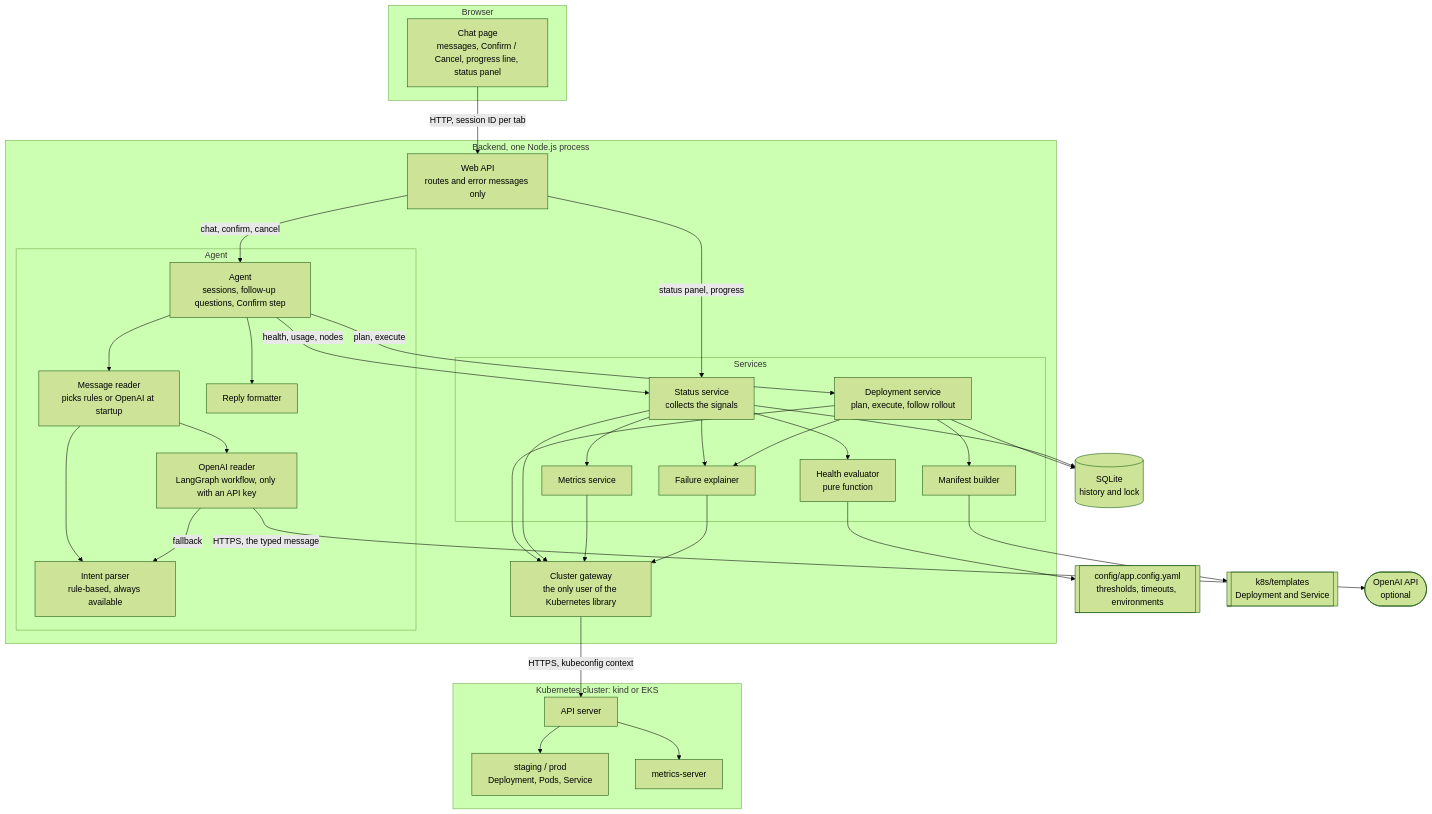
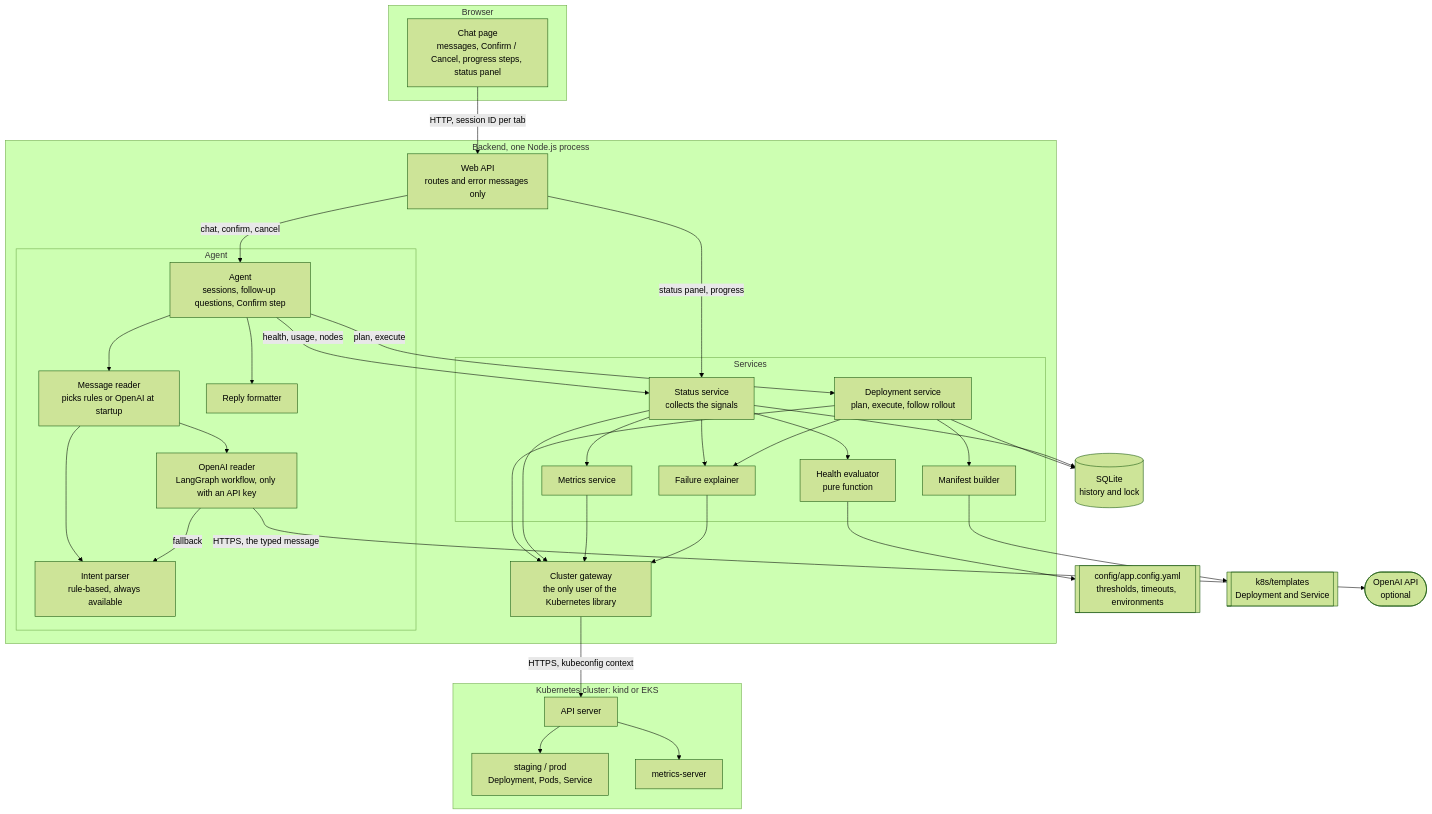
Before and after one commit to Suhailsubair007/deployment-assistant: the first of 2 diagrams in DESIGN.md, drawn with Mermaid (forest theme). The commit also changed other lines of this file and 24 other files, not shown here.

Commit message:
feat: redesign the chat page around Rollo the robot and a rollout track

````diff
--- a/DESIGN.md
+++ b/DESIGN.md
@@ -5,69 +5,69 @@
 ```mermaid
 flowchart TB
     subgraph browser["Browser"]
-        ui["Chat page<br/>messages, Confirm / Cancel, progress line, status panel"]
+        ui["Chat page<br/>messages, Confirm / Cancel, progress steps, status panel"]
     end
 
     subgraph backend["Backend, one Node.js process"]
         api["Web API<br/>routes and error messages only"]
 
         subgraph agentLayer["Agent"]
             agent["Agent<br/>sessions, follow-up questions, Confirm step"]
             reader["Message reader<br/>picks rules or OpenAI at startup"]
             parser["Intent parser<br/>rule-based, always available"]
             llm["OpenAI reader<br/>LangGraph workflow, only with an API key"]
             formatter["Reply formatter"]
         end
 
         subgraph services["Services"]
             deploy["Deployment service<br/>plan, execute, follow rollout"]
             status["Status service<br/>collects the signals"]
             health["Health evaluator<br/>pure function"]
             metrics["Metrics service"]
             explain["Failure explainer"]
             manifests["Manifest builder"]
         end
 
         gateway["Cluster gateway<br/>the only user of the Kubernetes library"]
     end
 
     db[("SQLite<br/>history and lock")]
     config[["config/app.config.yaml<br/>thresholds, timeouts, environments"]]
     templates[["k8s/templates<br/>Deployment and Service"]]
 
     openai(["OpenAI API<br/>optional"])
 
     subgraph cluster["Kubernetes cluster: kind or EKS"]
         apiserver["API server"]
         workloads["staging / prod<br/>Deployment, Pods, Service"]
         metricsserver["metrics-server"]
     end
 
     ui -- "HTTP, session ID per tab" --> api
     api -- "chat, confirm, cancel" --> agent
     api -- "status panel, progress" --> status
     agent --> reader
     reader --> parser
     reader --> llm
     llm -- "fallback" --> parser
     llm -- "HTTPS, the typed message" --> openai
     agent --> formatter
     agent -- "plan, execute" --> deploy
     agent -- "health, usage, nodes" --> status
     status --> health
     status --> metrics
     status --> explain
     deploy --> explain
     deploy --> manifests
     manifests --> templates
     deploy --> db
     status --> db
     health --> config
     deploy --> gateway
     status --> gateway
     metrics --> gateway
     explain --> gateway
     gateway -- "HTTPS, kubeconfig context" --> apiserver
     apiserver --> workloads
     apiserver --> metricsserver
 ```
````
